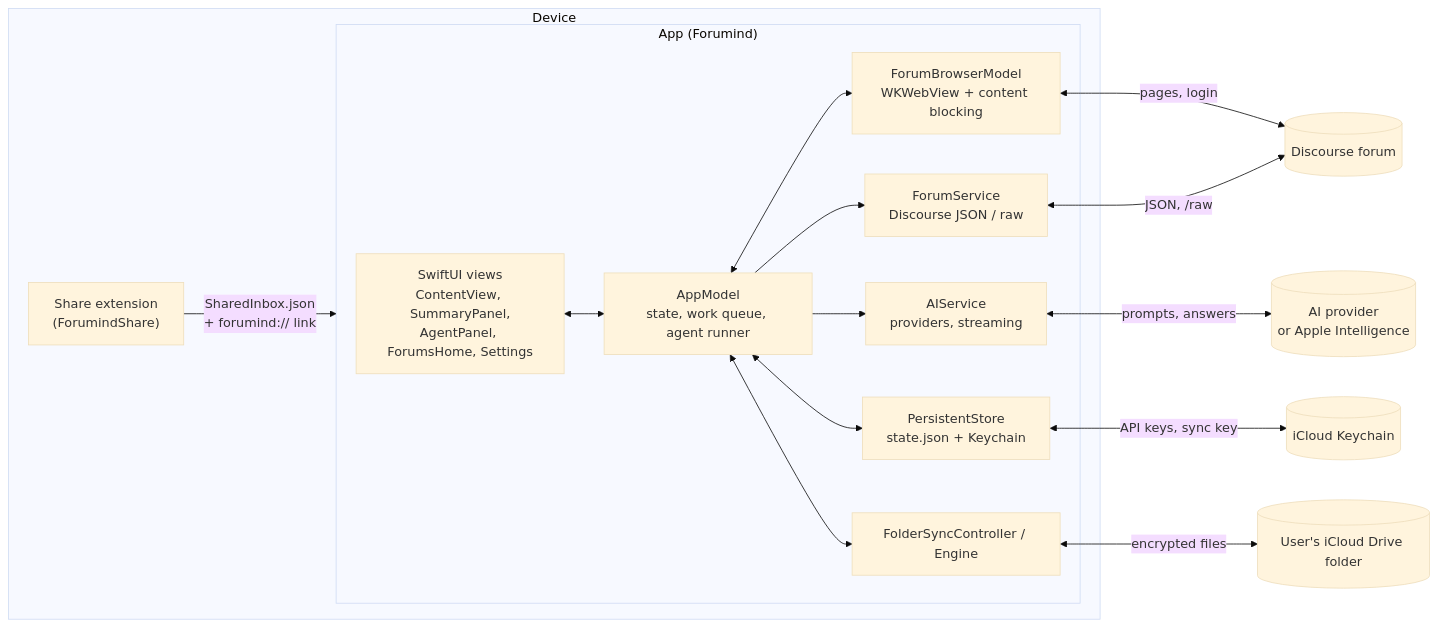
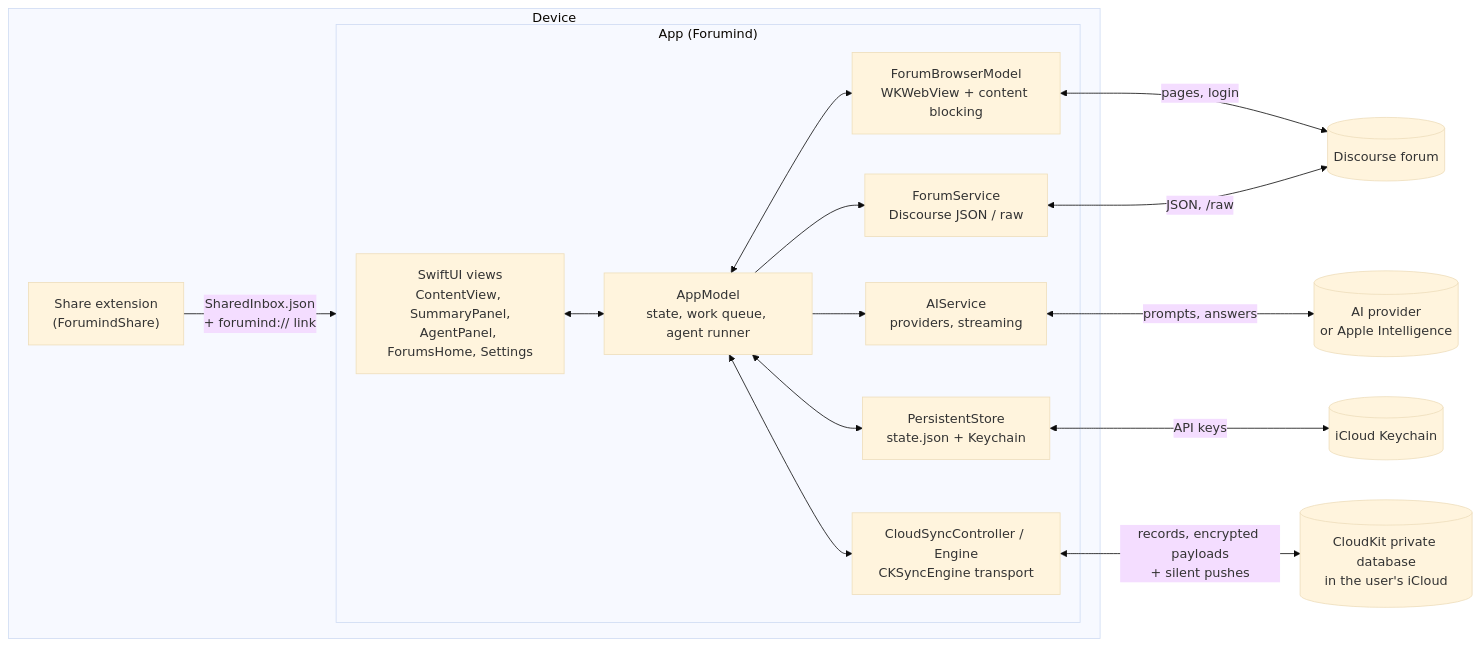
Before and after one commit to kccarlos/forumind: the first of 3 diagrams in docs/ARCHITECTURE.md, drawn with Mermaid (base theme). The commit also changed other lines of this file and 63 other files, not shown here.

First line of the commit message:
Sync with native iCloud (CloudKit)

````diff
--- a/docs/ARCHITECTURE.md
+++ b/docs/ARCHITECTURE.md
@@ -8,26 +8,26 @@
 ```mermaid
 flowchart LR
   subgraph Device
     Share["Share extension<br/>(ForumindShare)"] -- "SharedInbox.json<br/>+ forumind:// link" --> App
     subgraph App["App (Forumind)"]
       UI["SwiftUI views<br/>ContentView, SummaryPanel,<br/>AgentPanel, ForumsHome, Settings"]
       Model["AppModel<br/>state, work queue, agent runner"]
       Browser["ForumBrowserModel<br/>WKWebView + content blocking"]
       Forum["ForumService<br/>Discourse JSON / raw"]
       AI["AIService<br/>providers, streaming"]
       Store["PersistentStore<br/>state.json + Keychain"]
-      Sync["FolderSyncController / Engine"]
+      Sync["CloudSyncController / Engine<br/>CKSyncEngine transport"]
       UI <--> Model
       Model <--> Browser
       Model --> Forum
       Model --> AI
       Model <--> Store
       Model <--> Sync
     end
   end
   Browser <-- "pages, login" --> Discourse[(Discourse forum)]
   Forum <-- "JSON, /raw" --> Discourse
   AI <-- "prompts, answers" --> Provider[(AI provider<br/>or Apple Intelligence)]
-  Sync <-- "encrypted files" --> ICloud[(User's iCloud Drive folder)]
-  Store <-- "API keys, sync key" --> Keychain[(iCloud Keychain)]
+  Sync <-- "records, encrypted payloads<br/>+ silent pushes" --> ICloud[(CloudKit private database<br/>in the user's iCloud)]
+  Store <-- "API keys" --> Keychain[(iCloud Keychain)]
 ```
````
